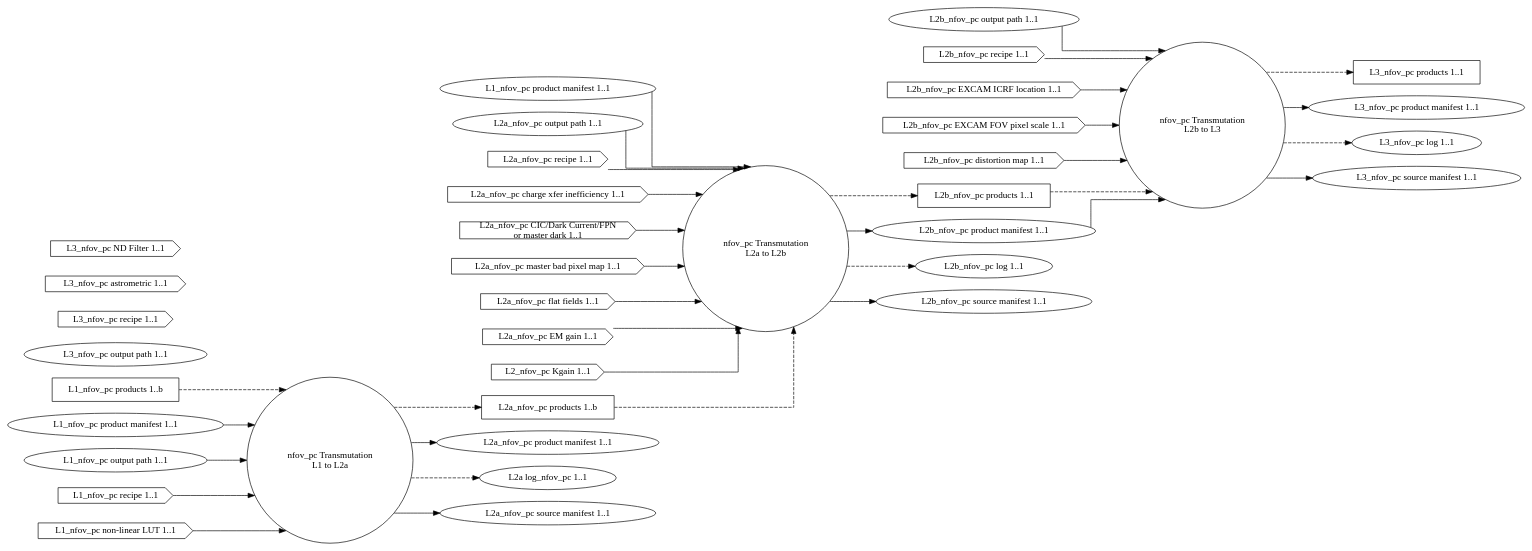
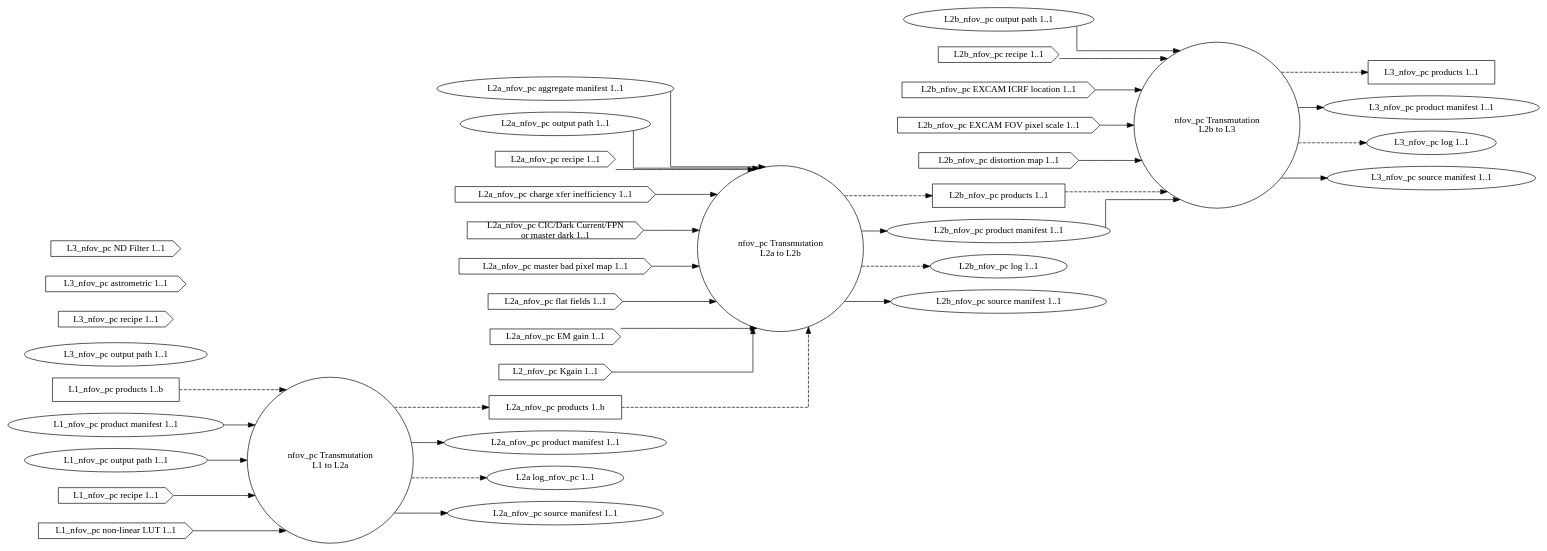
One commit to roman-corgi/ctc-dip changed the diagram in dip/basis/ch_nfov_pc.dot. Above: the diagram before and after it, drawn with Graphviz. The commit also changed 51 other files, not shown here.

```diff
--- a/dip/basis/ch_nfov_pc.dot
+++ b/dip/basis/ch_nfov_pc.dot
@@ -1,79 +1,79 @@
 digraph NarrowFieldOfViewPhotonCount {
 graph [splines="ortho", rankdir=LR];
 trans_nfov_pc_l1_l2a [label="nfov_pc Transmutation\nL1 to L2a", shape="circle", runname="l1.transmutation_nfov_pc", runtype="dawgie.Algorithm", fsmtype="dip.base.Runner"];
 trans_nfov_pc_l2a_l2b [label="nfov_pc Transmutation\nL2a to L2b", shape="circle", runname="l2a.transmutation_nfov_pc", runtype="dawgie.Algorithm", fsmtype="dip.base.Runner"];
 trans_nfov_pc_l2b_l3 [label="nfov_pc Transmutation\nL2b to L3", shape="circle", runname="l2b.transmutation_nfov_pc", runtype="dawgie.Algorithm", fsmtype="dip.base.Runner"];
 
 l1_nfov_pc_prod [label="L1_nfov_pc products 1..b", shape="rectangle"];
 l1_nfov_pc_man [label="L1_nfov_pc product manifest 1..1", shape="ellipse"];
-agg_nfov_pc_man [label="L1_nfov_pc product manifest 1..1", shape="ellipse"];
+agg_nfov_pc_man [label="L2a_nfov_pc aggregate manifest 1..1", shape="ellipse"];
 l1_nfov_pc_odir [label="L1_nfov_pc output path 1..1", shape="ellipse"];
 l1_nfov_pc_rec [label="L1_nfov_pc recipe 1..1", shape="cds"];
 l1_nfov_pc_nllut [label="L1_nfov_pc non-linear LUT 1..1", shape="cds"];
 l2a_nfov_pc_prod [label="L2a_nfov_pc products 1..b", shape="rectangle"];
 l2a_nfov_pc_man [label="L2a_nfov_pc product manifest 1..1", shape="ellipse", valname="l1.transmutation_nfov_pc.product.manifest", valtype="dip.base.Manifest"];
 l2a_nfov_pc_odir [label="L2a_nfov_pc output path 1..1", shape="ellipse"];
 l2a_nfov_pc_rec [label="L2a_nfov_pc recipe 1..1", shape="cds"];
 l2a_nfov_pc_cti [label="L2a_nfov_pc charge xfer inefficiency 1..1", shape="cds"];
 l2a_nfov_pc_dnb [label="L2a_nfov_pc CIC/Dark Current/FPN\n or master dark 1..1", shape="cds"];
 l2a_nfov_pc_mbpm [label="L2a_nfov_pc master bad pixel map 1..1", shape="cds"];
 l2a_nfov_pc_ff [label="L2a_nfov_pc flat fields 1..1", shape="cds"];
 l2a_nfov_pc_emg [label="L2a_nfov_pc EM gain 1..1", shape="cds"];
 l2a_nfov_pc_kgain [label="L2_nfov_pc Kgain 1..1", shape="cds"];
 l2a_nfov_pc_log [label="L2a log_nfov_pc 1..1", shape="ellipse"];
 l2b_nfov_pc_prod [label="L2b_nfov_pc products 1..1", shape="rectangle"];
 l2b_nfov_pc_man [label="L2b_nfov_pc product manifest 1..1", shape="ellipse", valname="l2a.transmutation_nfov_pc.product.manifest", valtype="dip.base.Manifest"];
 l2b_nfov_pc_odir [label="L2b_nfov_pc output path 1..1", shape="ellipse"];
 l2b_nfov_pc_rec [label="L2b_nfov_pc recipe 1..1", shape="cds"];
 l2b_nfov_pc_excicrf [label="L2b_nfov_pc EXCAM ICRF location 1..1", shape="cds"];
 l2b_nfov_pc_excfovps [label="L2b_nfov_pc EXCAM FOV pixel scale 1..1", shape="cds"];
 l2b_nfov_pc_distm [label="L2b_nfov_pc distortion map 1..1", shape="cds"];
 l2b_nfov_pc_log [label="L2b_nfov_pc log 1..1", shape="ellipse"];
 l3_nfov_pc_prod [label="L3_nfov_pc products 1..1", shape="rectangle"];
 l3_nfov_pc_odir [label="L3_nfov_pc output path 1..1", shape="ellipse"];
 l3_nfov_pc_man [label="L3_nfov_pc product manifest 1..1", shape="ellipse", valname="l2b.transmutation_nfov_pc.product.manifest", valtype="dip.base.Manifest"];
 l3_nfov_pc_rec [label="L3_nfov_pc recipe 1..1", shape="cds"];
 l3_nfov_pc_ast [label="L3_nfov_pc astrometric 1..1", shape="cds"];
 l3_nfov_pc_ndf [label="L3_nfov_pc ND Filter 1..1", shape="cds"];
 l3_nfov_pc_log [label="L3_nfov_pc log 1..1", shape="ellipse"];
 
 l1_nfov_pc_prod -> trans_nfov_pc_l1_l2a [style="dashed"];
 l1_nfov_pc_man -> trans_nfov_pc_l1_l2a;
 l1_nfov_pc_odir -> trans_nfov_pc_l1_l2a;
 l1_nfov_pc_rec -> trans_nfov_pc_l1_l2a;
 l1_nfov_pc_nllut -> trans_nfov_pc_l1_l2a;
 trans_nfov_pc_l1_l2a -> l2a_nfov_pc_prod [style="dashed"];
 trans_nfov_pc_l1_l2a -> l2a_nfov_pc_man;
 trans_nfov_pc_l1_l2a -> l2a_nfov_pc_log [style="dashed"];
 l2a_nfov_pc_prod -> trans_nfov_pc_l2a_l2b [style="dashed"];
 l2a_nfov_pc_kgain -> trans_nfov_pc_l2a_l2b;
 l2a_nfov_pc_odir -> trans_nfov_pc_l2a_l2b;
 l2a_nfov_pc_rec -> trans_nfov_pc_l2a_l2b;
 l2a_nfov_pc_cti -> trans_nfov_pc_l2a_l2b;
 l2a_nfov_pc_dnb -> trans_nfov_pc_l2a_l2b;
 l2a_nfov_pc_mbpm -> trans_nfov_pc_l2a_l2b;
 l2a_nfov_pc_ff -> trans_nfov_pc_l2a_l2b;
 l2a_nfov_pc_emg -> trans_nfov_pc_l2a_l2b;
 trans_nfov_pc_l2a_l2b -> l2b_nfov_pc_prod [style="dashed"];
 trans_nfov_pc_l2a_l2b -> l2b_nfov_pc_man;
 trans_nfov_pc_l2a_l2b -> l2b_nfov_pc_log [style="dashed"];
 agg_nfov_pc_man -> trans_nfov_pc_l2a_l2b;
 l2b_nfov_pc_prod -> trans_nfov_pc_l2b_l3 [style="dashed"];
 l2b_nfov_pc_man -> trans_nfov_pc_l2b_l3;
 l2b_nfov_pc_odir -> trans_nfov_pc_l2b_l3;
 l2b_nfov_pc_rec -> trans_nfov_pc_l2b_l3;
 l2b_nfov_pc_excicrf -> trans_nfov_pc_l2b_l3;
 l2b_nfov_pc_excfovps -> trans_nfov_pc_l2b_l3;
 l2b_nfov_pc_distm -> trans_nfov_pc_l2b_l3;
 trans_nfov_pc_l2b_l3 -> l3_nfov_pc_prod [style="dashed"];
 trans_nfov_pc_l2b_l3 -> l3_nfov_pc_man;
 trans_nfov_pc_l2b_l3 -> l3_nfov_pc_log [style="dashed"];
 
 l2a_nfov_pc_src [label="L2a_nfov_pc source manifest 1..1", shape="ellipse", valname="l1.transmutation_nfov_pc.source.manifest", valtype="dip.base.Manifest"];
 l2b_nfov_pc_src [label="L2b_nfov_pc source manifest 1..1", shape="ellipse", valname="l2a.transmutation_nfov_pc.source.manifest", valtype="dip.base.Manifest"];
 l3_nfov_pc_src [label="L3_nfov_pc source manifest 1..1", shape="ellipse", valname="l2b.transmutation_nfov_pc.source.manifest", valtype="dip.base.Manifest"];
 
 trans_nfov_pc_l1_l2a -> l2a_nfov_pc_src;
 trans_nfov_pc_l2a_l2b -> l2b_nfov_pc_src;
 trans_nfov_pc_l2b_l3 -> l3_nfov_pc_src;
 }
```
